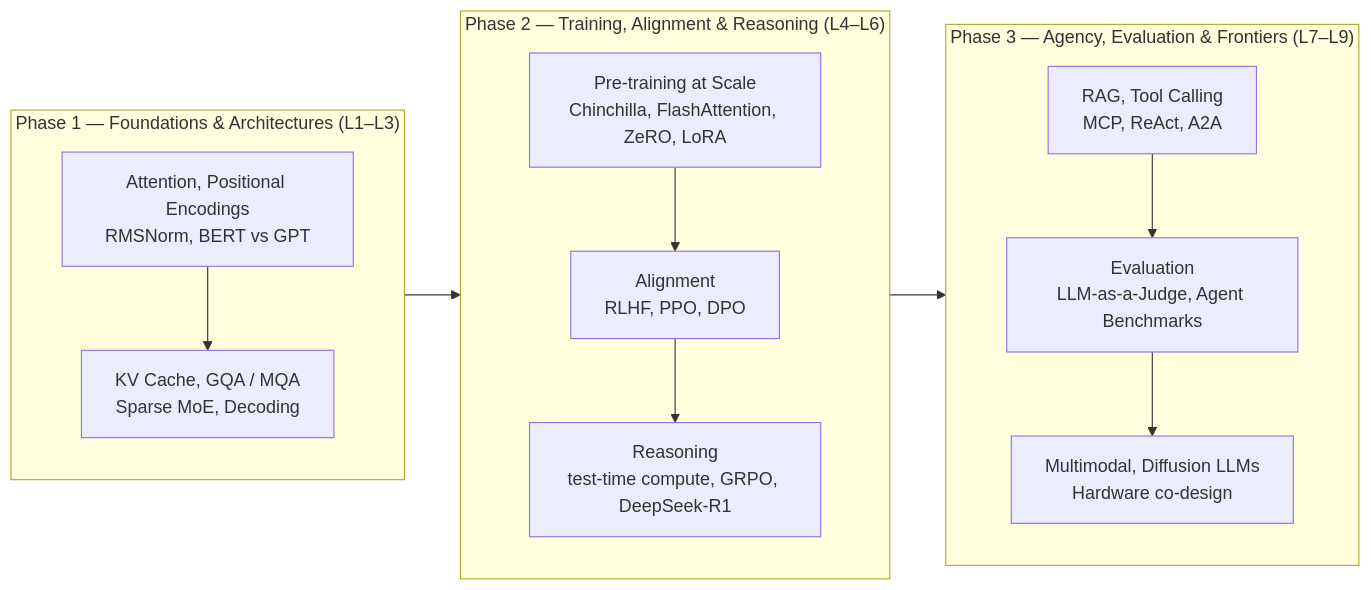
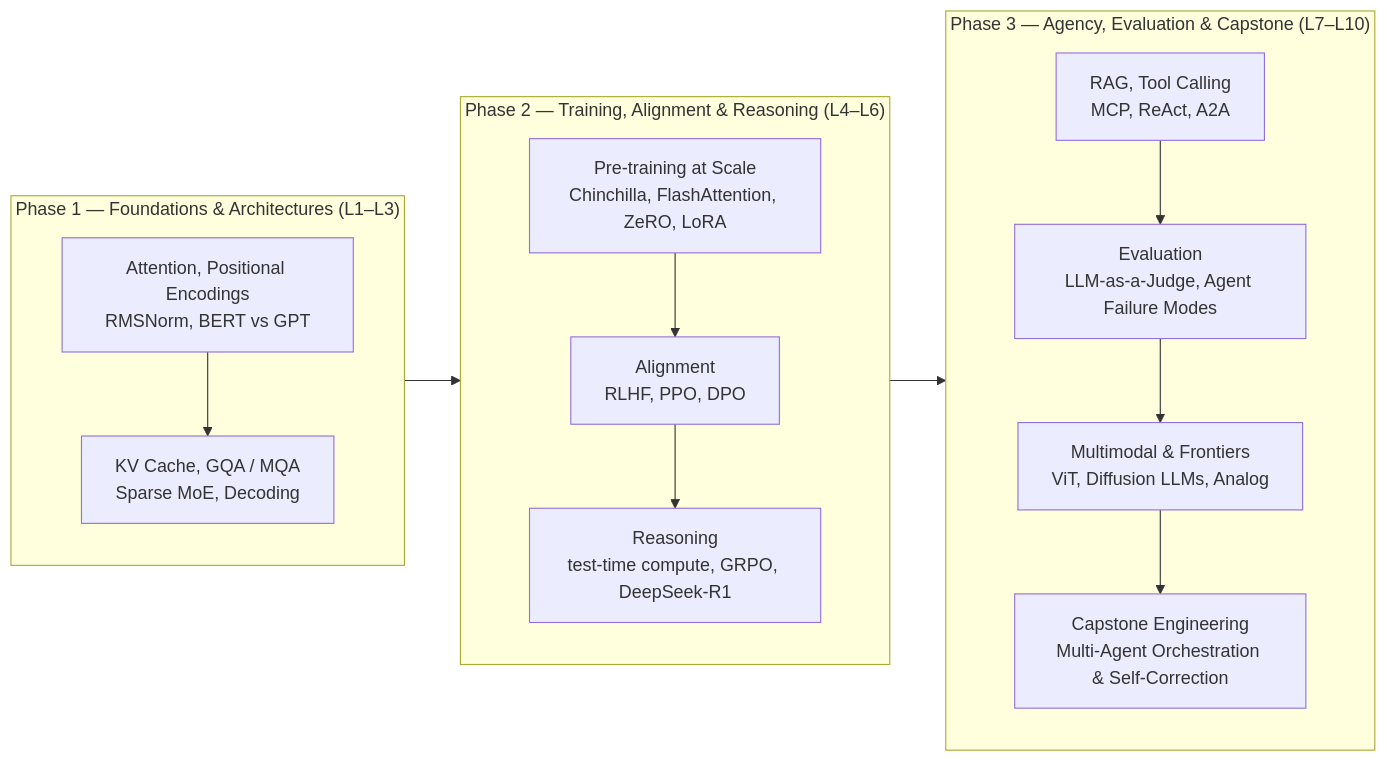
One commit to 1345AbhishekKumar/cs-cookbook changed the first of 2 diagrams in content/docs/ai-agents/agentic-ai/index.mdx. Above: the diagram before and after it, drawn with Mermaid. The commit also changed other lines of this file and 299 other files, not shown here.

````diff
--- a/content/docs/ai-agents/agentic-ai/index.mdx
+++ b/content/docs/ai-agents/agentic-ai/index.mdx
@@ -17,18 +19,19 @@
 ```mermaid
 flowchart LR
     subgraph P1["Phase 1 — Foundations & Architectures (L1–L3)"]
         direction TB
         A1["Attention, Positional Encodings<br/>RMSNorm, BERT vs GPT"] --> A2["KV Cache, GQA / MQA<br/>Sparse MoE, Decoding"]
     end
     subgraph P2["Phase 2 — Training, Alignment & Reasoning (L4–L6)"]
         direction TB
         B1["Pre-training at Scale<br/>Chinchilla, FlashAttention, ZeRO, LoRA"] --> B2["Alignment<br/>RLHF, PPO, DPO"]
         B2 --> B3["Reasoning<br/>test-time compute, GRPO, DeepSeek-R1"]
     end
-    subgraph P3["Phase 3 — Agency, Evaluation & Frontiers (L7–L9)"]
+    subgraph P3["Phase 3 — Agency, Evaluation & Capstone (L7–L10)"]
         direction TB
-        C1["RAG, Tool Calling<br/>MCP, ReAct, A2A"] --> C2["Evaluation<br/>LLM-as-a-Judge, Agent Benchmarks"]
-        C2 --> C3["Multimodal, Diffusion LLMs<br/>Hardware co-design"]
+        C1["RAG, Tool Calling<br/>MCP, ReAct, A2A"] --> C2["Evaluation<br/>LLM-as-a-Judge, Agent Failure Modes"]
+        C2 --> C3["Multimodal & Frontiers<br/>ViT, Diffusion LLMs, Analog"]
+        C3 --> C4["Capstone Engineering<br/>Multi-Agent Orchestration & Self-Correction"]
     end
     P1 --> P2 --> P3
 ```
````
